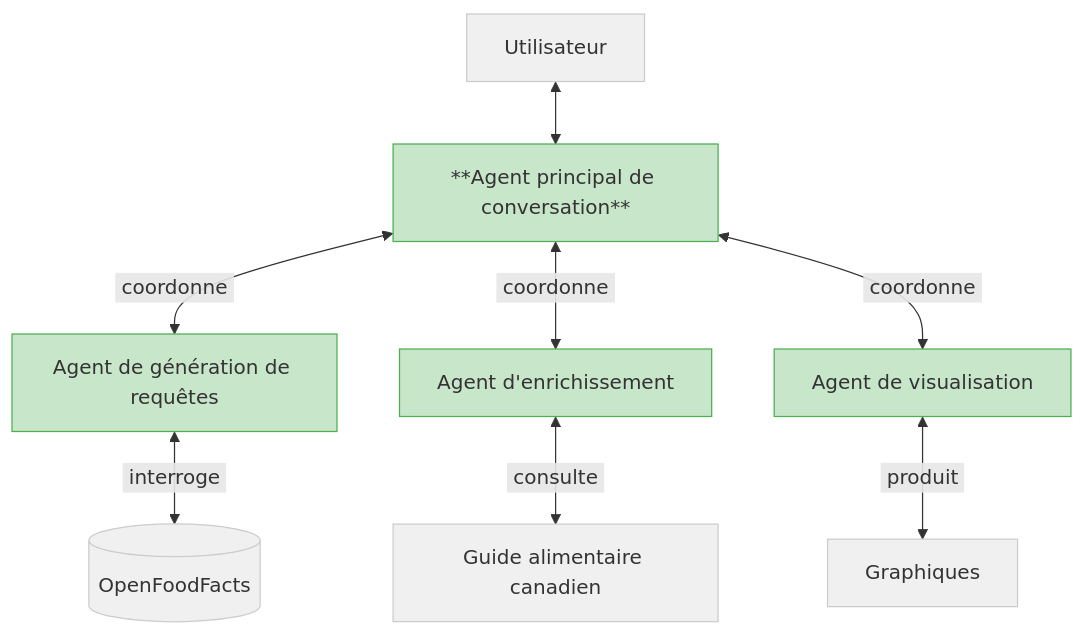
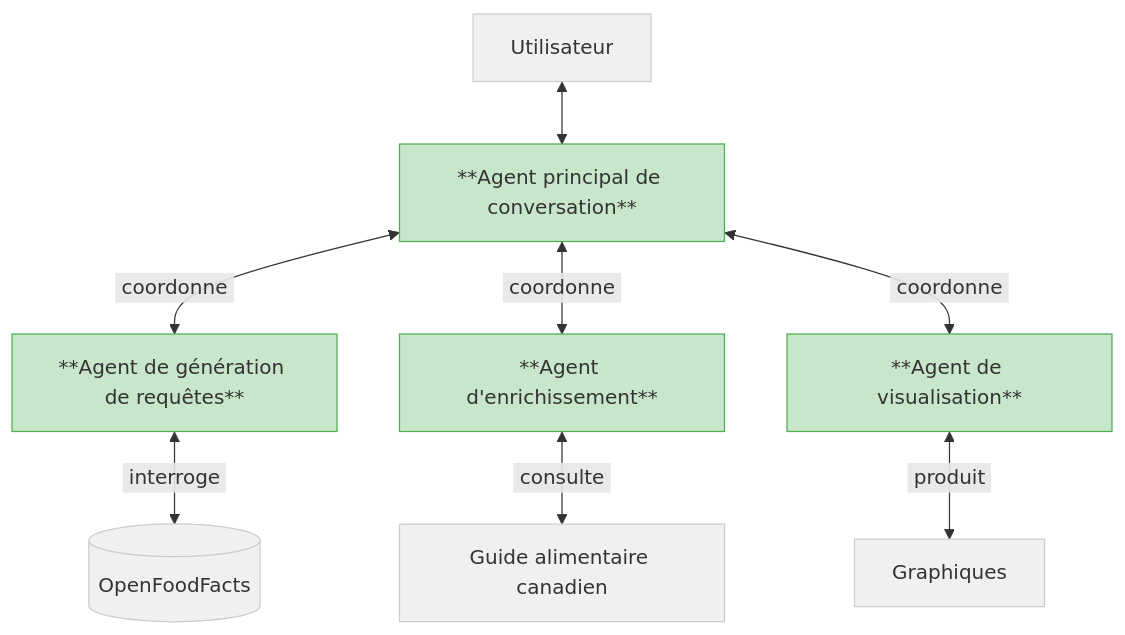
The diagram in docs/markdown/plan.md (boisalai/ift-6005), drawn with Mermaid before and after one commit.

````diff
--- a/docs/markdown/plan.md
+++ b/docs/markdown/plan.md
@@ -63,19 +63,19 @@
 ```mermaid
 graph TD
     classDef main fill:#c8e6c9,stroke:#4caf50
     classDef agent fill:#c8e6c9,stroke:#4caf50
     classDef resource fill:#f0f0f0,stroke:#cccccc
 
     U[Utilisateur] <--> MA[**Agent principal de conversation**]
-    MA <-->|&nbsp;coordonne&nbsp;| A1[Agent de génération de requêtes]
-    MA <-->|&nbsp;coordonne&nbsp;| A2[Agent d'enrichissement]
-    MA <-->|&nbsp;coordonne&nbsp;| A3[Agent de visualisation]
+    MA <-->|&nbsp;coordonne&nbsp;| A1[**Agent de génération de requêtes**]
+    MA <-->|&nbsp;coordonne&nbsp;| A2[**Agent d'enrichissement**]
+    MA <-->|&nbsp;coordonne&nbsp;| A3[**Agent de visualisation**]
     
     A1 <-->|&nbsp;interroge&nbsp;| DB[(OpenFoodFacts)]
     A2 <-->|&nbsp;consulte&nbsp;| GAC[Guide alimentaire canadien]
     A3 <-->|&nbsp;produit&nbsp;| V[Graphiques]
     
     class MA main
     class A1,A2,A3 agent
     class U,DB,GAC,V resource
 ```
````
